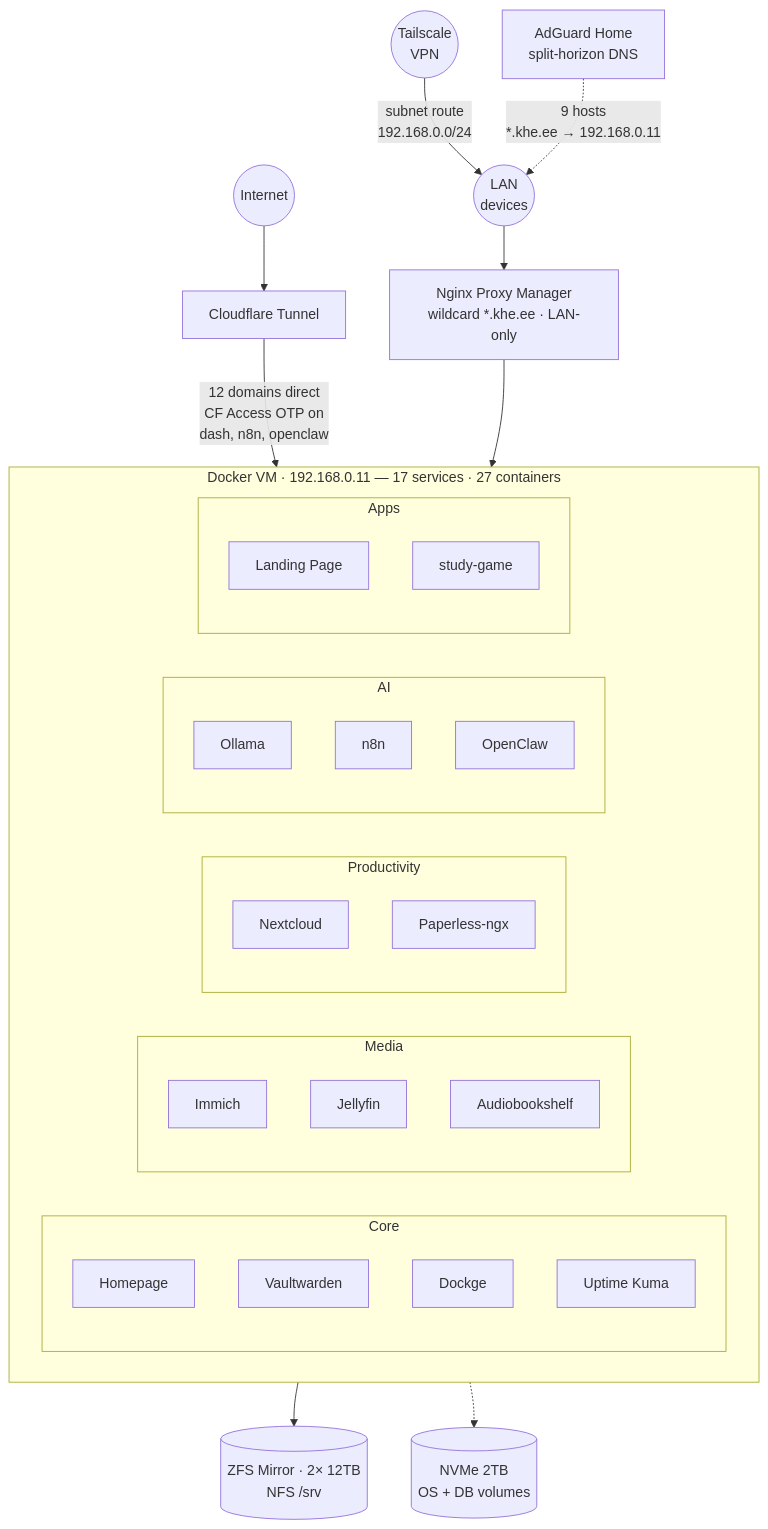
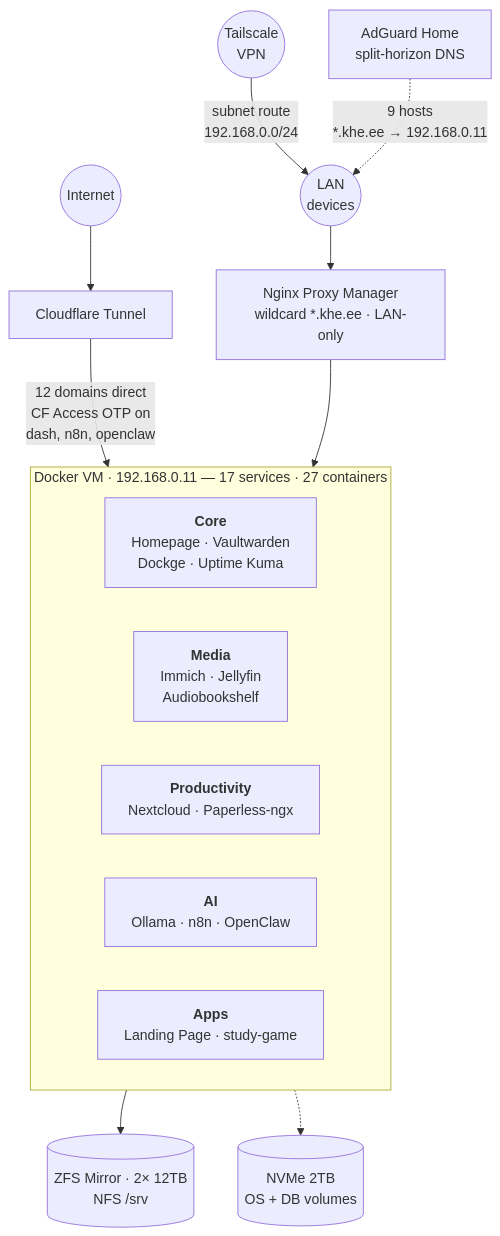
Before and after one commit to khelias/khe-homelab: the diagram in README.md, drawn with Mermaid. The commit also changed other lines of this file, not shown here.

Commit message:
README: flatten service grouping to five labelled boxes
Nested subgraphs rendered badly. Switch to five flat nodes (one per
category) with services listed inline. Keeps the visual grouping
without the sub-subgraph overhead.

````diff
--- a/README.md
+++ b/README.md
@@ -7,45 +7,26 @@
 ```mermaid
 graph TB
     Internet((Internet))
     VPN((Tailscale<br/>VPN))
     LAN((LAN<br/>devices))
 
     Internet --> CF[Cloudflare Tunnel]
     VPN -->|subnet route<br/>192.168.0.0/24| LAN
     AG[AdGuard Home<br/>split-horizon DNS] -.->|9 hosts<br/>*.khe.ee → 192.168.0.11| LAN
     LAN --> NPM[Nginx Proxy Manager<br/>wildcard *.khe.ee · LAN-only]
 
     CF -->|12 domains direct<br/>CF Access OTP on<br/>dash, n8n, openclaw| DVM
     NPM --> DVM
 
     subgraph DVM[Docker VM · 192.168.0.11 — 17 services · 27 containers]
         direction LR
-        subgraph Core
-            Homepage
-            Vaultwarden
-            Dockge
-            UptimeKuma[Uptime Kuma]
-        end
-        subgraph Media
-            Immich
-            Jellyfin
-            Audiobookshelf
-        end
-        subgraph Productivity
-            Nextcloud
-            Paperless[Paperless-ngx]
-        end
-        subgraph AI
-            Ollama
-            n8n
-            OpenClaw
-        end
-        subgraph Apps
-            Landing[Landing Page]
-            StudyGame[study-game]
-        end
+        Core["<b>Core</b><br/>Homepage · Vaultwarden<br/>Dockge · Uptime Kuma"]
+        Media["<b>Media</b><br/>Immich · Jellyfin<br/>Audiobookshelf"]
+        Prod["<b>Productivity</b><br/>Nextcloud · Paperless-ngx"]
+        AI["<b>AI</b><br/>Ollama · n8n · OpenClaw"]
+        Apps["<b>Apps</b><br/>Landing Page · study-game"]
     end
 
     DVM --> HDD[(ZFS Mirror · 2× 12TB<br/>NFS /srv)]
     DVM -.-> NVMe[(NVMe 2TB<br/>OS + DB volumes)]
 ```
````
